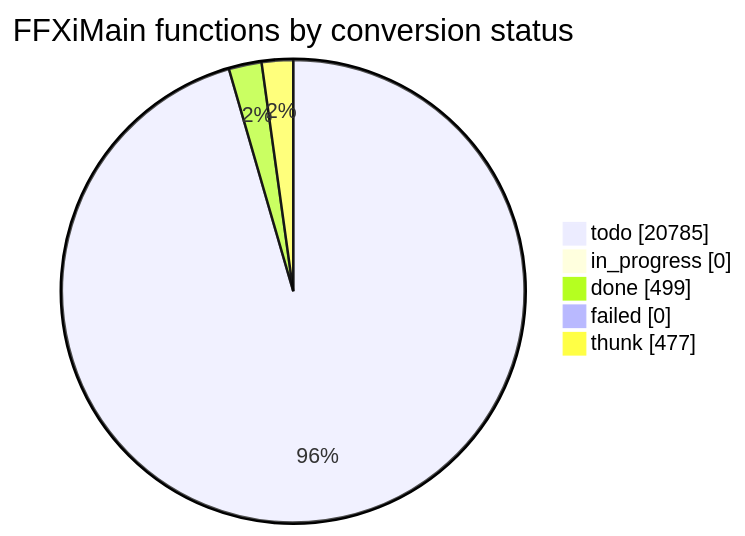
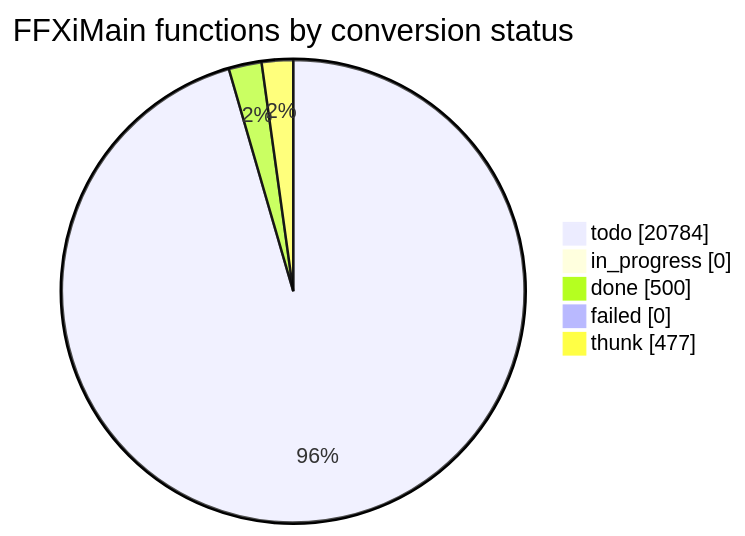
The diagram in docs/cow/STATUS.md (cowrevenge/cow_kuluu_xi_anything), drawn with Mermaid before and after one commit. The commit also changed other lines of this file and 9 other files, not shown here.

````diff
--- a/docs/cow/STATUS.md
+++ b/docs/cow/STATUS.md
@@ -18,9 +18,9 @@
 ```mermaid
 pie showData
     title FFXiMain functions by conversion status
-    "todo" : 20785
+    "todo" : 20784
     "in_progress" : 0
-    "done" : 499
+    "done" : 500
     "failed" : 0
     "thunk" : 477
 ```
````
